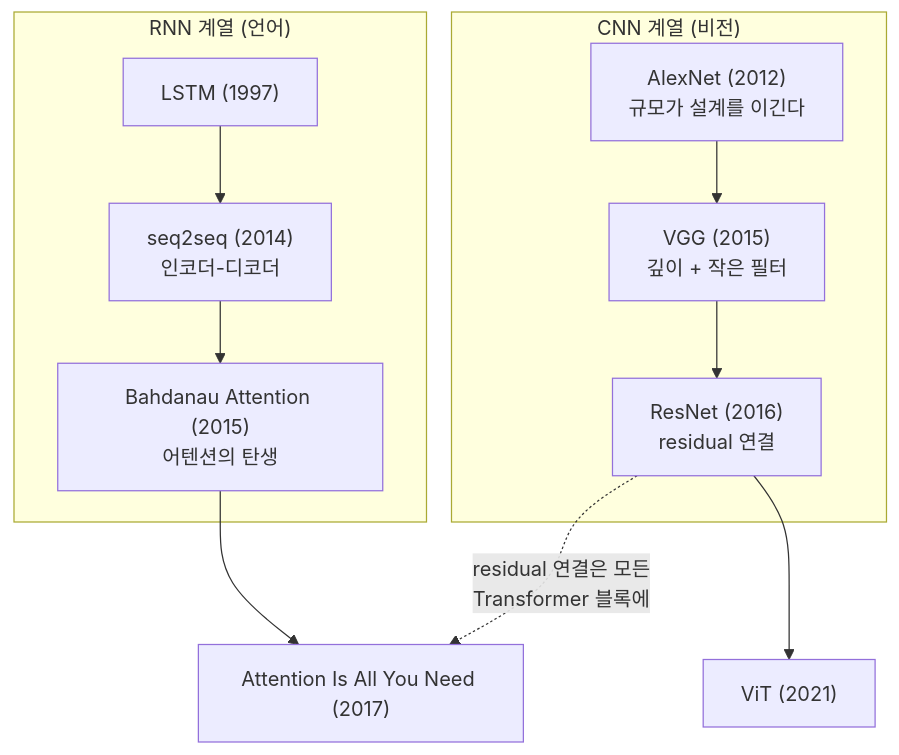
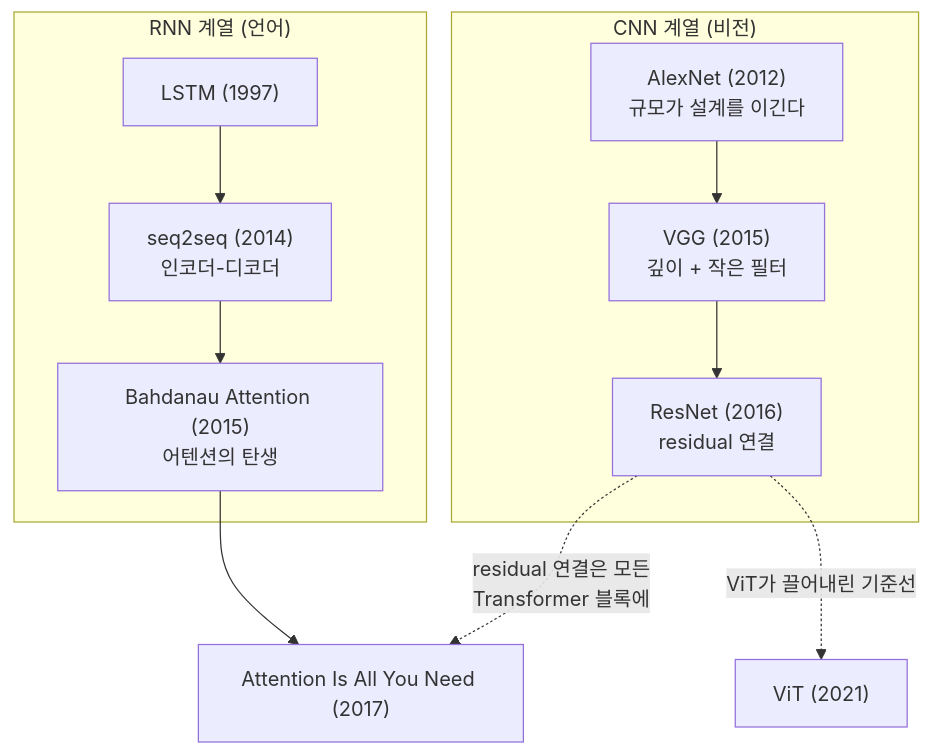
One commit to jiseop-byeon/phd-wiki changed the eighth of 12 diagrams in content/03-deep-learning/lineage.md. Above: the diagram before and after it, drawn with Mermaid. The commit also changed other lines of this file, not shown here.

````diff
--- a/content/03-deep-learning/lineage.md
+++ b/content/03-deep-learning/lineage.md
@@ -146,14 +148,14 @@
 ```mermaid
 graph TD
     subgraph CNN["CNN 계열 (비전)"]
     AlexNet["AlexNet (2012)<br/>규모가 설계를 이긴다"] --> VGG["VGG (2015)<br/>깊이 + 작은 필터"]
     VGG --> ResNet["ResNet (2016)<br/>residual 연결"]
     end
     subgraph RNN["RNN 계열 (언어)"]
     LSTM["LSTM (1997)"] --> S2S["seq2seq (2014)<br/>인코더-디코더"]
     S2S --> Bahdanau["Bahdanau Attention (2015)<br/>어텐션의 탄생"]
     end
     Bahdanau --> T["Attention Is All You Need (2017)"]
     ResNet -."residual 연결은 모든<br/>Transformer 블록에".-> T
-    ResNet --> ViT2["ViT (2021)"]
+    ResNet -."ViT가 끌어내린 기준선".-> ViT2["ViT (2021)"]
 ```
````
